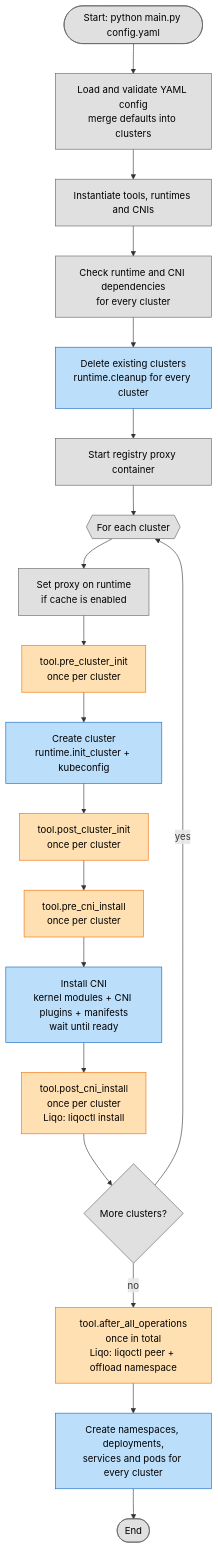
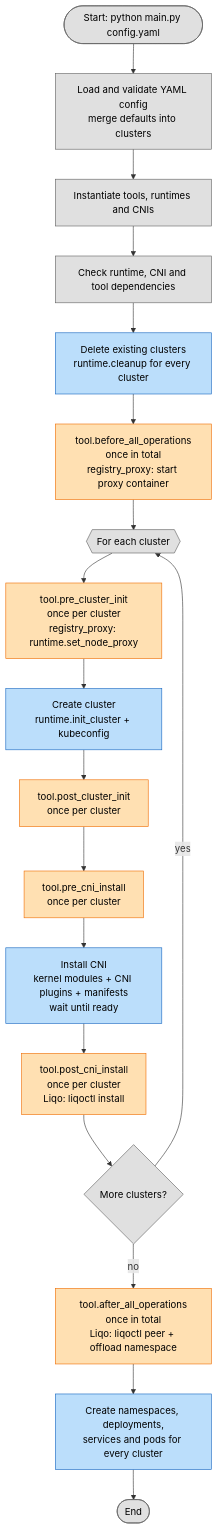
One commit to riccardotornesello/kubernetes-testbench changed the diagram in README.md. Above: the diagram before and after it, drawn with Mermaid. The commit also changed other lines of this file and 16 other files, not shown here.

````diff
--- a/README.md
+++ b/README.md
@@ -5,31 +5,30 @@
 ```mermaid
 flowchart TD
     A([Start: python main.py config.yaml]) --> B[Load and validate YAML config<br/>merge defaults into clusters]
     B --> C[Instantiate tools, runtimes and CNIs]
-    C --> D[Check runtime and CNI dependencies<br/>for every cluster]
+    C --> D[Check runtime, CNI and tool dependencies]
     D --> E[Delete existing clusters<br/>runtime.cleanup for every cluster]
-    E --> F[Start registry proxy container]
+    E --> F[tool.before_all_operations<br/>once in total<br/>registry_proxy: start proxy container]
 
     F --> L{{For each cluster}}
-    L --> G[Set proxy on runtime<br/>if cache is enabled]
-    G --> H[tool.pre_cluster_init<br/>once per cluster]
+    L --> H[tool.pre_cluster_init<br/>once per cluster<br/>registry_proxy: runtime.set_node_proxy]
     H --> I[Create cluster<br/>runtime.init_cluster + kubeconfig]
     I --> J[tool.post_cluster_init<br/>once per cluster]
     J --> J2[tool.pre_cni_install<br/>once per cluster]
     J2 --> K[Install CNI<br/>kernel modules + CNI plugins + manifests<br/>wait until ready]
     K --> M[tool.post_cni_install<br/>once per cluster<br/>Liqo: liqoctl install]
     M --> N{More clusters?}
     N -- yes --> L
     N -- no --> O[tool.after_all_operations<br/>once in total<br/>Liqo: liqoctl peer + offload namespace]
 
     O --> P[Create namespaces, deployments,<br/>services and pods for every cluster]
     P --> Q([End])
 
     classDef internal fill:#e0e0e0,stroke:#616161,color:#000
     classDef k8s fill:#bbdefb,stroke:#1565c0,color:#000
     classDef tool fill:#ffe0b2,stroke:#ef6c00,color:#000
 
-    class A,B,C,D,F,G,L,N,Q internal
+    class A,B,C,D,L,N,Q internal
     class E,I,K,P k8s
-    class H,J,J2,M,O tool
+    class F,H,J,J2,M,O tool
 ```
````
